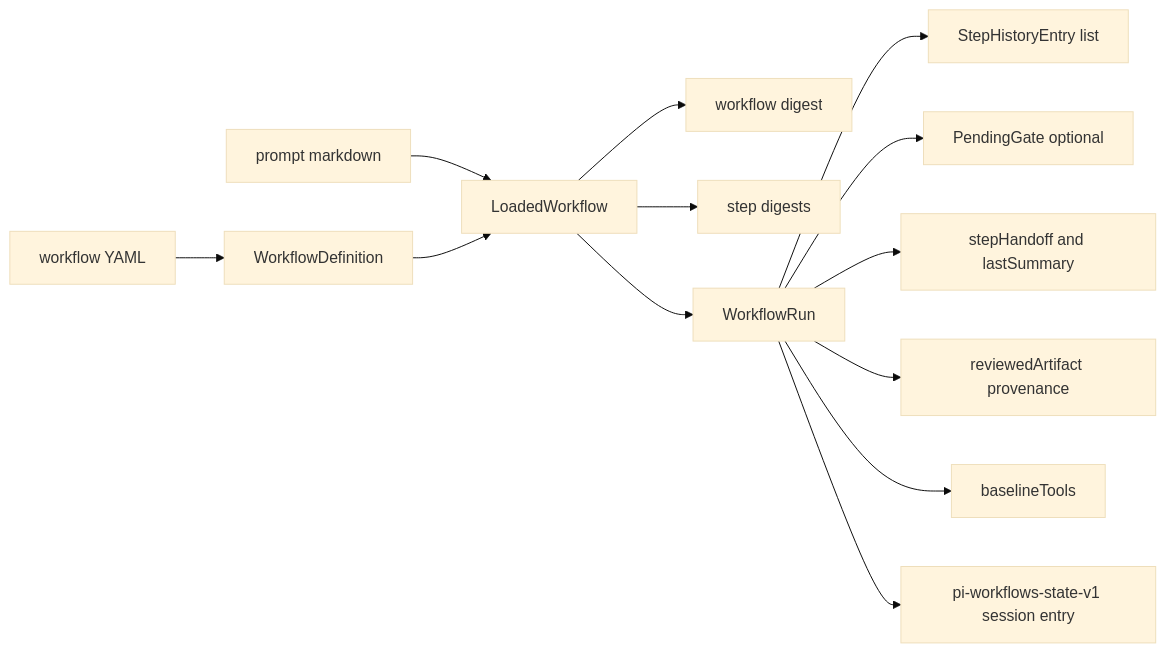
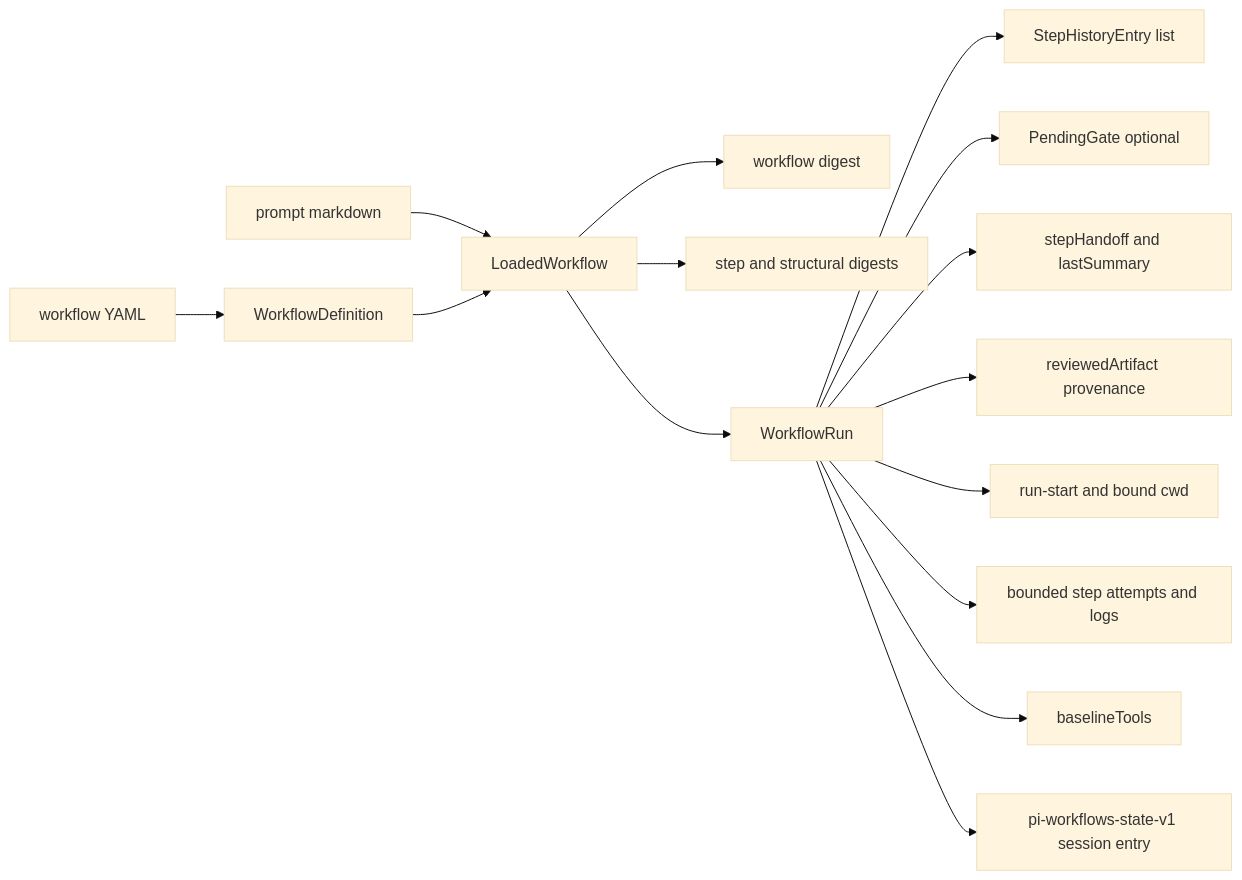
Before and after one commit to wichayutdew/pi-workflows: the third of 5 diagrams in openwiki/architecture/overview.md, drawn with Mermaid (base theme). The commit also changed other lines of this file and 180 other files, not shown here.

````diff
--- a/openwiki/architecture/overview.md
+++ b/openwiki/architecture/overview.md
@@ -92,16 +93,18 @@
 ```mermaid
 flowchart LR
   WorkflowFile[workflow YAML] --> Definition[WorkflowDefinition]
   PromptFiles[prompt markdown] --> Loaded[LoadedWorkflow]
   Definition --> Loaded
   Loaded --> WorkflowDigest[workflow digest]
-  Loaded --> StepDigests[step digests]
+  Loaded --> StepDigests[step and structural digests]
 
   Loaded --> Run[WorkflowRun]
   Run --> History[StepHistoryEntry list]
   Run --> Gate[PendingGate optional]
   Run --> Handoff[stepHandoff and lastSummary]
   Run --> Reviewed[reviewedArtifact provenance]
+  Run --> Workspace[run-start and bound cwd]
+  Run --> Trace[bounded step attempts and logs]
   Run --> Baseline[baselineTools]
   Run --> Checkpoint[pi-workflows-state-v1 session entry]
 ```
````
